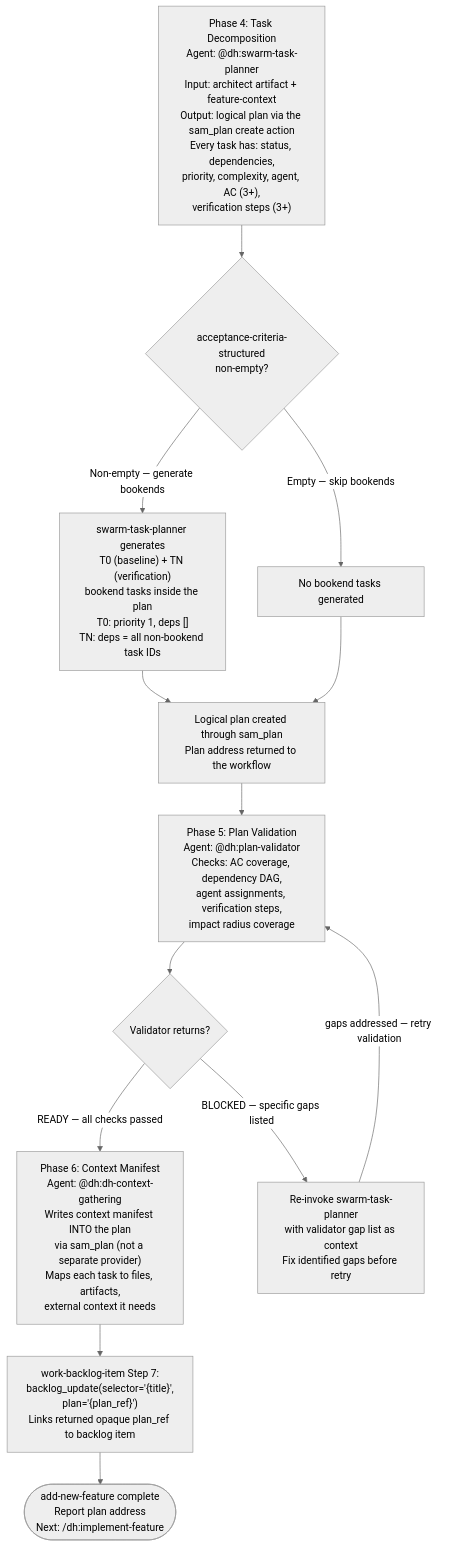
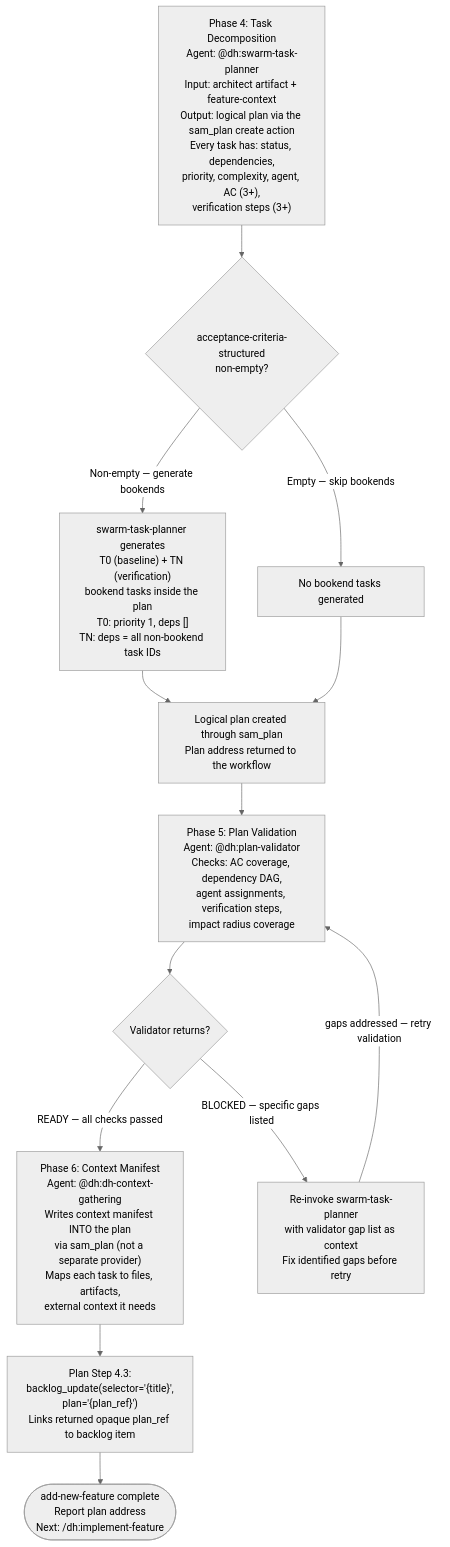
The fifth of 8 diagrams in plugins/development-harness/docs/backlog-item-lifecycle.md (Jamie-BitFlight/claude_skills), drawn with Mermaid (neutral theme) before and after one commit. The commit also changed other lines of this file, not shown here.

First line of the commit message:
docs(dh): correct the backlog lifecycle against current source

````diff
--- a/plugins/development-harness/docs/backlog-item-lifecycle.md
+++ b/plugins/development-harness/docs/backlog-item-lifecycle.md
@@ -390,24 +579,24 @@
 ```mermaid
 flowchart TD
     P4_DECOMPOSE["Phase 4: Task Decomposition<br>Agent: @dh:swarm-task-planner<br>Input: architect artifact + feature-context<br>Output: logical plan via the sam_plan create action<br>Every task has: status, dependencies,<br>priority, complexity, agent, AC (3+),<br>verification steps (3+)"]
 
     P4_DECOMPOSE --> P4_BOOKEND{"acceptance-criteria-structured<br>non-empty?"}
     P4_BOOKEND -->|"Non-empty — generate bookends"| P4_BOOKEND_GEN["swarm-task-planner generates<br>T0 (baseline) + TN (verification)<br>bookend tasks inside the plan<br>T0: priority 1, deps []<br>TN: deps = all non-bookend task IDs"]
     P4_BOOKEND -->|"Empty — skip bookends"| P4_NO_BOOKEND["No bookend tasks generated"]
     P4_BOOKEND_GEN --> P4_CREATED
     P4_NO_BOOKEND --> P4_CREATED
 
     P4_CREATED["Logical plan created through sam_plan<br>Plan address returned to the workflow"]
     P4_CREATED --> P4_VALIDATE
 
     P4_VALIDATE["Phase 5: Plan Validation<br>Agent: @dh:plan-validator<br>Checks: AC coverage, dependency DAG,<br>agent assignments, verification steps,<br>impact radius coverage"]
     P4_VALIDATE --> P4_VAL_RESULT{Validator returns?}
     P4_VAL_RESULT -->|"READY — all checks passed"| P4_CONTEXT
     P4_VAL_RESULT -->|"BLOCKED — specific gaps listed"| P4_FIX["Re-invoke swarm-task-planner<br>with validator gap list as context<br>Fix identified gaps before retry"]
     P4_FIX -->|"gaps addressed — retry validation"| P4_VALIDATE
 
     P4_CONTEXT["Phase 6: Context Manifest<br>Agent: @dh:dh-context-gathering<br>Writes context manifest INTO the plan<br>via sam_plan (not a separate provider)<br>Maps each task to files, artifacts,<br>external context it needs"]
 
-    P4_CONTEXT --> P4_LINK["work-backlog-item Step 7:<br>backlog_update(selector='{title}',<br>plan='{plan_ref}')<br>Links returned opaque plan_ref to backlog item"]
+    P4_CONTEXT --> P4_LINK["Plan Step 4.3:<br>backlog_update(selector='{title}',<br>plan='{plan_ref}')<br>Links returned opaque plan_ref to backlog item"]
     P4_LINK --> P4_DONE(["add-new-feature complete<br>Report plan address<br>Next: /dh:implement-feature"])
 ```
````
